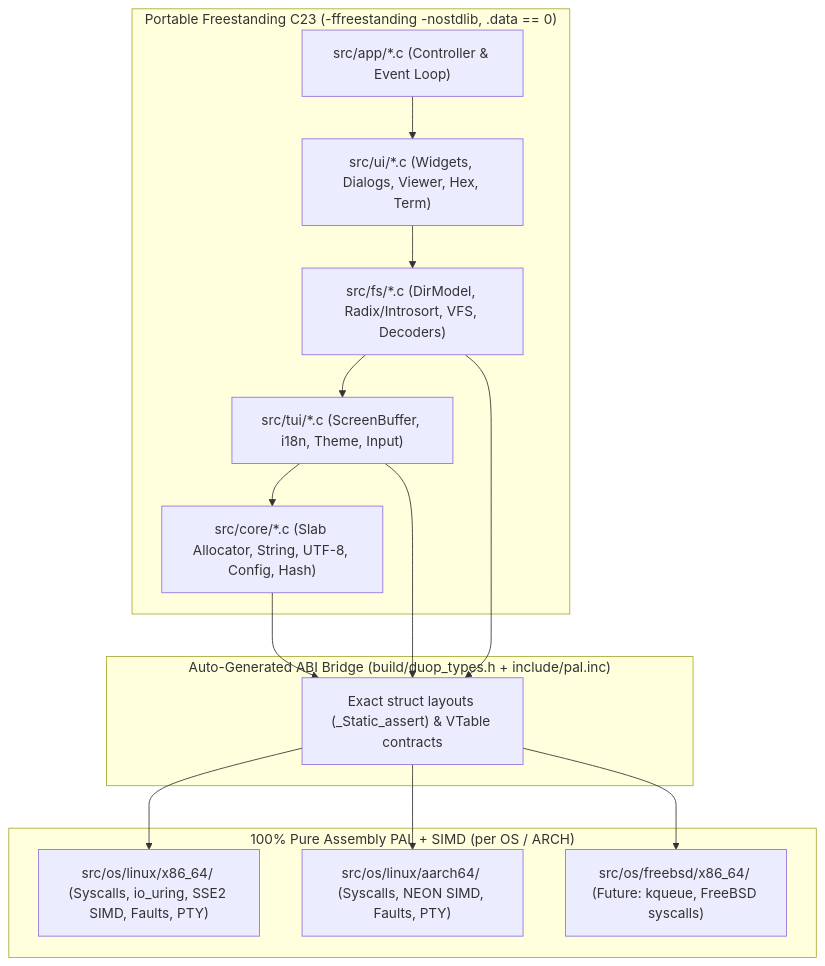
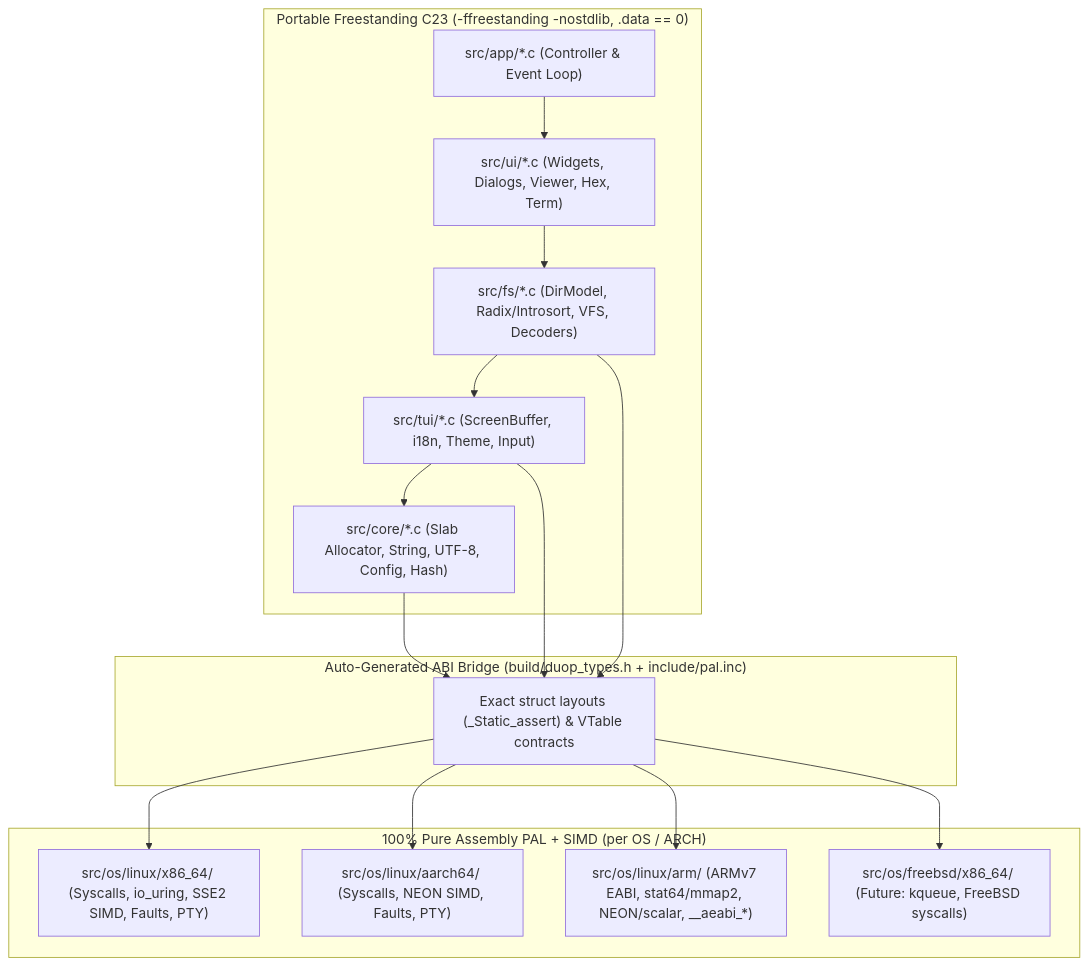
The diagram in docs/HYBRID_PORTABILITY_PLAN.md (BlackKostia/NC), drawn with Mermaid before and after one commit. The commit also changed other lines of this file, not shown here.

Commit message:
docs: add 32-bit ARM (ARMv7 EABI) support to hybrid portability plan

````diff
--- a/docs/HYBRID_PORTABILITY_PLAN.md
+++ b/docs/HYBRID_PORTABILITY_PLAN.md
@@ -11,28 +11,30 @@
 ```mermaid
 flowchart TB
     subgraph C_Layer["Portable Freestanding C23 (-ffreestanding -nostdlib, .data == 0)"]
         APP["src/app/*.c (Controller & Event Loop)"]
         UI["src/ui/*.c (Widgets, Dialogs, Viewer, Hex, Term)"]
         FS["src/fs/*.c (DirModel, Radix/Introsort, VFS, Decoders)"]
         TUI["src/tui/*.c (ScreenBuffer, i18n, Theme, Input)"]
         CORE["src/core/*.c (Slab Allocator, String, UTF-8, Config, Hash)"]
     end
 
     subgraph ABI_Contract["Auto-Generated ABI Bridge (build/duop_types.h + include/pal.inc)"]
         BRIDGE["Exact struct layouts (_Static_assert) & VTable contracts"]
     end
 
     subgraph ASM_PAL["100% Pure Assembly PAL + SIMD (per OS / ARCH)"]
         X86["src/os/linux/x86_64/ (Syscalls, io_uring, SSE2 SIMD, Faults, PTY)"]
-        ARM["src/os/linux/aarch64/ (Syscalls, NEON SIMD, Faults, PTY)"]
+        ARM64["src/os/linux/aarch64/ (Syscalls, NEON SIMD, Faults, PTY)"]
+        ARM32["src/os/linux/arm/ (ARMv7 EABI, stat64/mmap2, NEON/scalar, __aeabi_*)"]
         BSD["src/os/freebsd/x86_64/ (Future: kqueue, FreeBSD syscalls)"]
     end
 
     APP --> UI --> FS --> TUI --> CORE
     CORE --> BRIDGE
     FS --> BRIDGE
     TUI --> BRIDGE
     BRIDGE --> X86
-    BRIDGE --> ARM
+    BRIDGE --> ARM64
+    BRIDGE --> ARM32
     BRIDGE --> BSD
 ```
````
